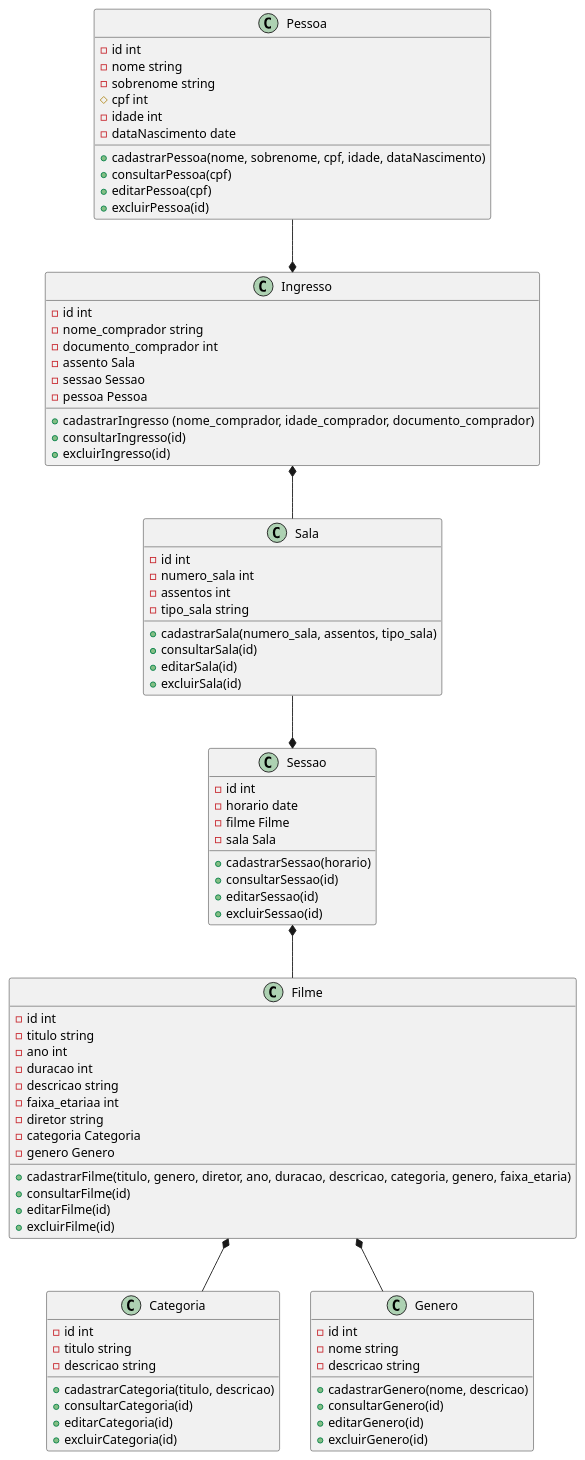
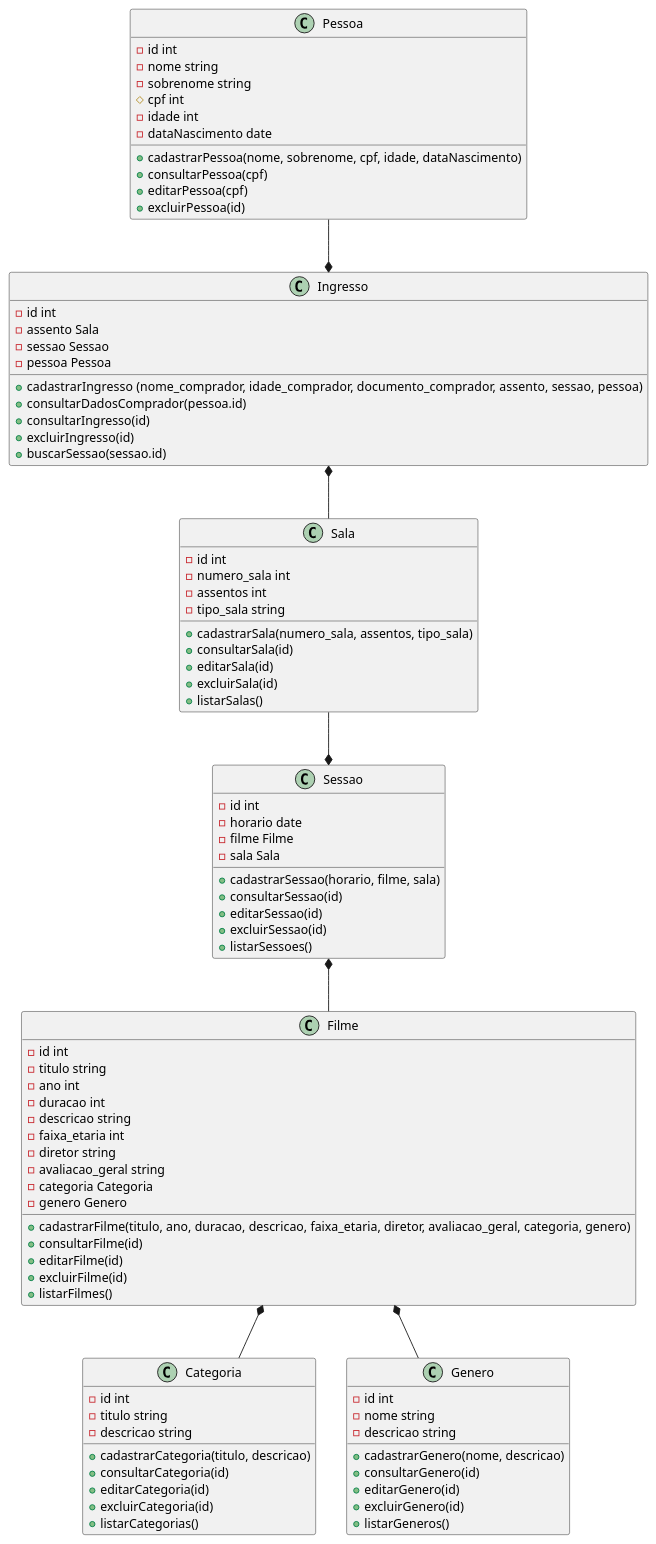
The diagram in cinema.plantuml (anleaes/2023-1-N1-POO-07), drawn with PlantUML before and after one commit.

Commit message:
Versão 1.1.5 - Modificações finais na UML

```diff
--- a/cinema.plantuml
+++ b/cinema.plantuml
@@ -1,97 +1,103 @@
 @startuml cinema
 
 class Filme {
     - id int
     - titulo string
     - ano int
     - duracao int
     - descricao string
-    - faixa_etariaa int
+    - faixa_etaria int
     - diretor string
+    - avaliacao_geral string
     - categoria Categoria
     - genero Genero
-    + cadastrarFilme(titulo, genero, diretor, ano, duracao, descricao, categoria, genero, faixa_etaria)
+    + cadastrarFilme(titulo, ano, duracao, descricao, faixa_etaria, diretor, avaliacao_geral, categoria, genero)
     + consultarFilme(id)
     + editarFilme(id)
     + excluirFilme(id)
+    + listarFilmes()
 }
 
 class Pessoa {
     - id int
     - nome string
     - sobrenome string
     # cpf int
     - idade int
     - dataNascimento date
     + cadastrarPessoa(nome, sobrenome, cpf, idade, dataNascimento)
     + consultarPessoa(cpf)
     + editarPessoa(cpf)
     + excluirPessoa(id)
 }
 
 class Categoria {
     - id int
     - titulo string
     - descricao string
     + cadastrarCategoria(titulo, descricao)
     + consultarCategoria(id)
     + editarCategoria(id)
     + excluirCategoria(id)
+    + listarCategorias()
 }
 
 class Genero {
     - id int
     - nome string
     - descricao string
     + cadastrarGenero(nome, descricao)
     + consultarGenero(id)
     + editarGenero(id)
     + excluirGenero(id)
+    + listarGeneros()
 }
 
 class Ingresso {
     - id int
-    - nome_comprador string
-    - documento_comprador int
     - assento Sala
     - sessao Sessao
     - pessoa Pessoa
-    + cadastrarIngresso (nome_comprador, idade_comprador, documento_comprador)
+    + cadastrarIngresso (nome_comprador, idade_comprador, documento_comprador, assento, sessao, pessoa)
+    + consultarDadosComprador(pessoa.id)
     + consultarIngresso(id)
     + excluirIngresso(id)    
+    + buscarSessao(sessao.id)
 }
 
 class Sala {
     - id int
     - numero_sala int
     - assentos int
     - tipo_sala string
     + cadastrarSala(numero_sala, assentos, tipo_sala)
     + consultarSala(id)
     + editarSala(id)
     + excluirSala(id)
+    + listarSalas()
 }
 
 class Sessao {
     - id int
     - horario date
     - filme Filme
     - sala Sala
-    + cadastrarSessao(horario)
+    + cadastrarSessao(horario, filme, sala)
     + consultarSessao(id)
     + editarSessao(id)
     + excluirSessao(id)
+    + listarSessoes()
 }
 
 Filme *-- Categoria
 Filme *-- Genero
 
 Sala --* Sessao
 
 Sessao *-- Filme
 
 Pessoa --* Ingresso
 
 Ingresso *-- Sala
 
 @enduml
```
